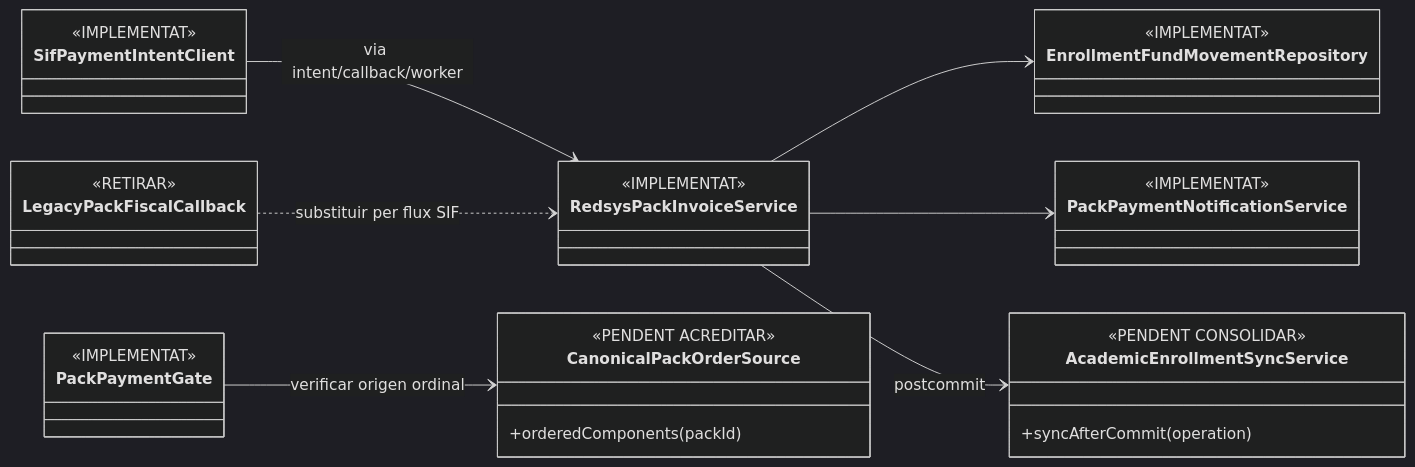
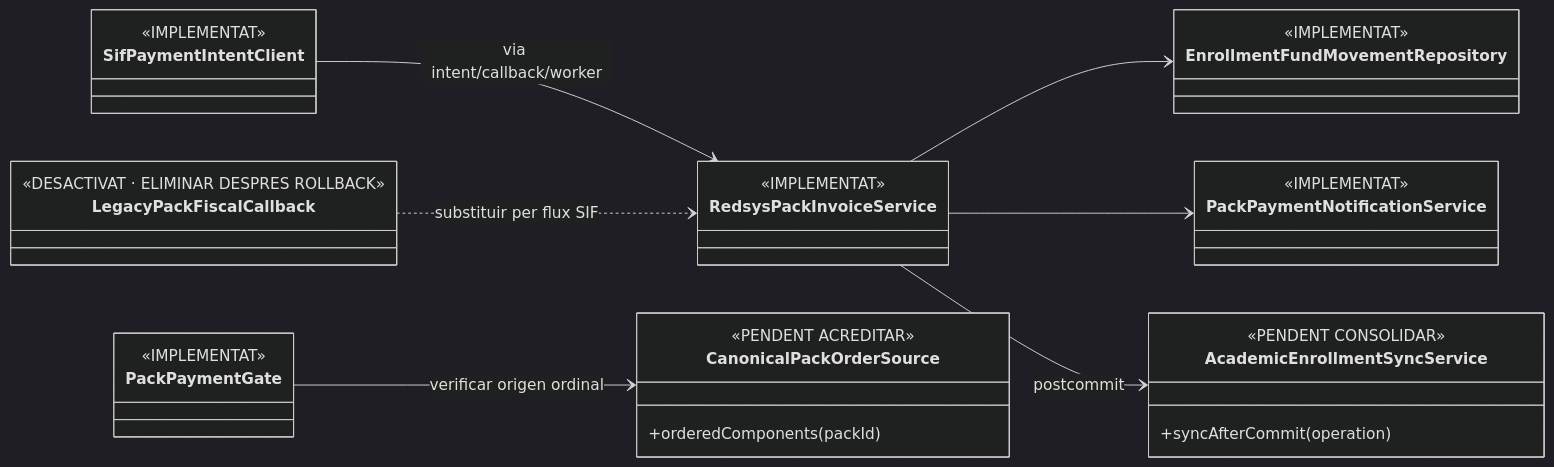
One commit to orgmeriemprismacat-del/verifactu changed the third of 3 diagrams in documentacio/07-uml-integrat/uc-015-classes-actual-final.md. Above: the diagram before and after it, drawn with Mermaid (dark theme). The commit also changed other lines of this file, not shown here.

Commit message:
docs(uc-015): alinear classes amb callback legacy desactivat

````diff
--- a/documentacio/07-uml-integrat/uc-015-classes-actual-final.md
+++ b/documentacio/07-uml-integrat/uc-015-classes-actual-final.md
@@ -145,37 +145,37 @@
 ```mermaid
 classDiagram
 direction LR
 class PackPaymentGate {
   <<IMPLEMENTAT>>
 }
 class SifPaymentIntentClient {
   <<IMPLEMENTAT>>
 }
 class RedsysPackInvoiceService {
   <<IMPLEMENTAT>>
 }
 class EnrollmentFundMovementRepository {
   <<IMPLEMENTAT>>
 }
 class PackPaymentNotificationService {
   <<IMPLEMENTAT>>
 }
 class LegacyPackFiscalCallback {
-  <<RETIRAR>>
+  <<DESACTIVAT · ELIMINAR DESPRES ROLLBACK>>
 }
 class CanonicalPackOrderSource {
   <<PENDENT ACREDITAR>>
   +orderedComponents(packId)
 }
 class AcademicEnrollmentSyncService {
   <<PENDENT CONSOLIDAR>>
   +syncAfterCommit(operation)
 }
 
 PackPaymentGate --> CanonicalPackOrderSource : verificar origen ordinal
 SifPaymentIntentClient --> RedsysPackInvoiceService : via intent/callback/worker
 RedsysPackInvoiceService --> EnrollmentFundMovementRepository
 RedsysPackInvoiceService --> PackPaymentNotificationService
 RedsysPackInvoiceService --> AcademicEnrollmentSyncService : postcommit
 LegacyPackFiscalCallback ..> RedsysPackInvoiceService : substituir per flux SIF
 ```
````
